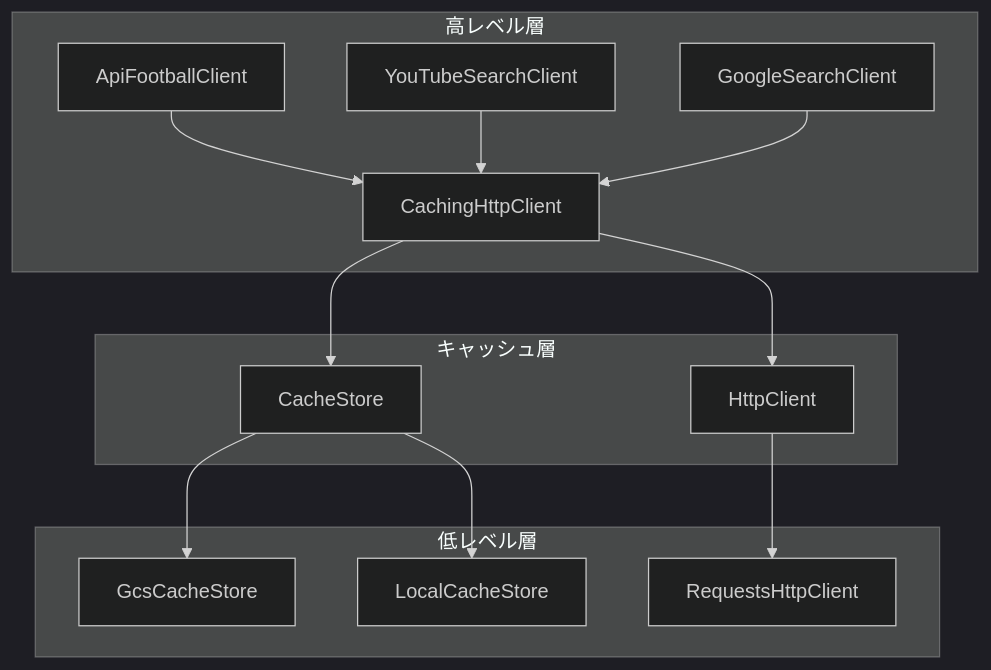
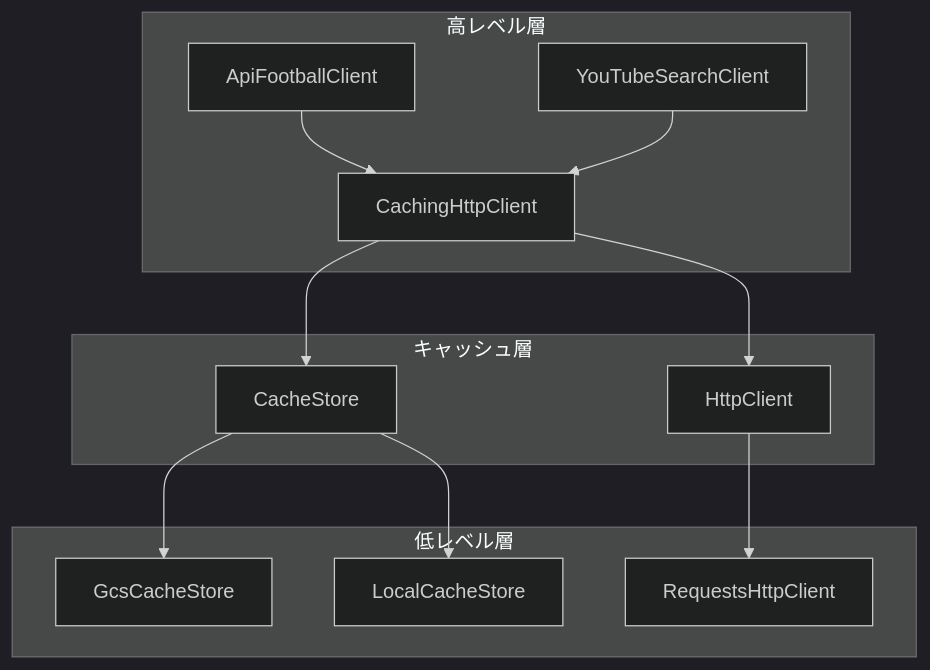
Before and after one commit to igrekplus/football-delay-watching: the first of 2 diagrams in docs/03_components/cache.md, drawn with Mermaid (dark theme). The commit also changed other lines of this file and 12 other files, not shown here.

````diff
--- a/docs/03_components/cache.md
+++ b/docs/03_components/cache.md
@@ -30,19 +29,18 @@
 ```mermaid
 graph TD
     subgraph "高レベル層"
         A[ApiFootballClient] --> B[CachingHttpClient]
         Y[YouTubeSearchClient] --> B
-        G[GoogleSearchClient] --> B
     end
     
     subgraph "キャッシュ層"
         B --> C[CacheStore]
         B --> D[HttpClient]
     end
     
     subgraph "低レベル層"
         C --> E[GcsCacheStore]
         C --> F[LocalCacheStore]
         D --> H[RequestsHttpClient]
     end
 ```
````
